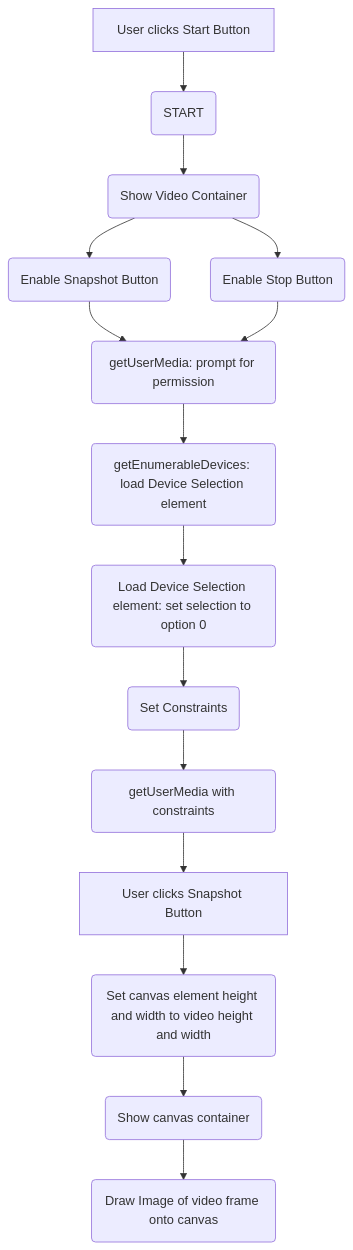
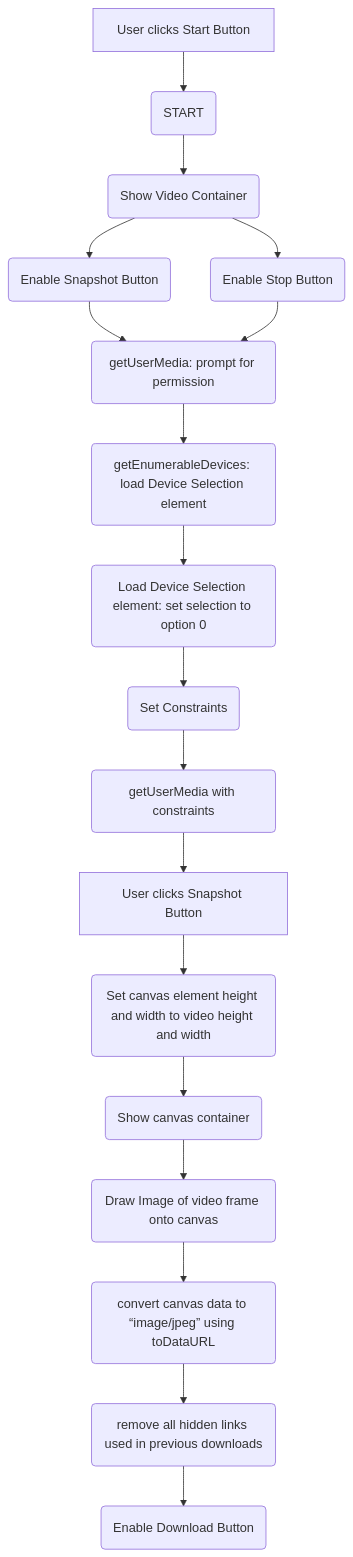
One commit to rebeccapeltz/webapi-camera changed the first of 3 diagrams in README.md. Above: the diagram before and after it, drawn with Mermaid.

Commit message:
more mermaid

````diff
--- a/README.md
+++ b/README.md
@@ -5,18 +5,21 @@
 ```mermaid
 flowchart TD
 
 id0[User clicks Start Button] --> id1(START)
 id1(START) --> id2(Show Video Container)
 id2(Show Video Container) --> id3(Enable Snapshot Button)
 id2(Show Video Container) --> id4(Enable Stop Button)
 id3(Enable Snapshot Button) --> id5(getUserMedia: prompt for permission)
 id4(Enable Stop Button) --> id5(getUserMedia: prompt for permission)
 id5(getUserMedia: prompt for permission) --> id6(getEnumerableDevices: load Device Selection element)
 id6(getEnumerableDevices: load Device Selection element) --> id7(Load Device Selection element: set selection to option 0)
 id7(Load Device Selection element: set selection to option 0) --> id8(Set Constraints based on option 0)
 id8(Set Constraints) --> id9(getUserMedia with constraints)
 id9(getUserMedia with constraints) --> id10[User clicks Snapshot Button]
 id10[User clicks Snapshot Button] --> id11(Set canvas element height and width to video height and width)
 id11(Set canvas element height and width to video height and width) --> id12(Show canvas container)
 id12(Show canvas container) --> id13(Draw Image of video frame onto canvas)
+id13(Draw Image of video frame onto canvas) --> id14(convert Canvas data to “image/jpeg” using toDataURL)
+id14(convert canvas data to “image/jpeg” using toDataURL) --> id15(remove all hidden links used in previous downloads)
+id15(remove all hidden links used in previous downloads) --> id16(Enable Download Button)
 ```
````
